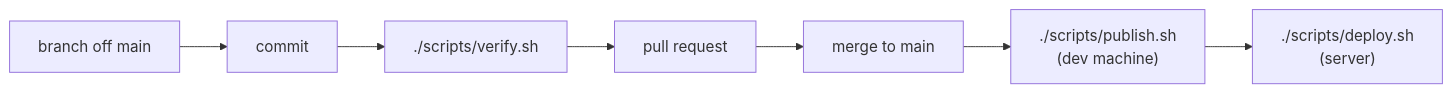
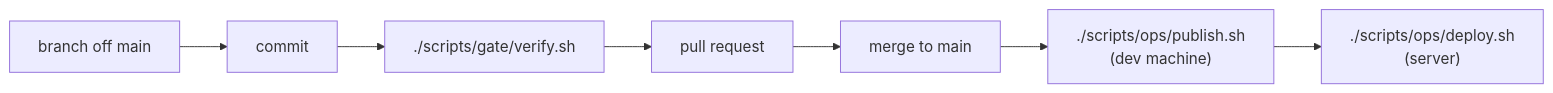
One commit to felzab/frankfurtleague changed the diagram in docs/_git/spec.md. Above: the diagram before and after it, drawn with Mermaid. The commit also changed other lines of this file and 91 other files, not shown here.

````diff
--- a/docs/_git/spec.md
+++ b/docs/_git/spec.md
@@ -23,9 +23,9 @@
 ```mermaid
 graph LR
     b["branch off main"] --> c["commit"]
-    c --> v["./scripts/verify.sh"]
+    c --> v["./scripts/gate/verify.sh"]
     v --> pr["pull request"]
     pr --> m["merge to main"]
-    m --> p["./scripts/publish.sh<br/>(dev machine)"]
-    p --> d["./scripts/deploy.sh<br/>(server)"]
+    m --> p["./scripts/ops/publish.sh<br/>(dev machine)"]
+    p --> d["./scripts/ops/deploy.sh<br/>(server)"]
 ```
````
